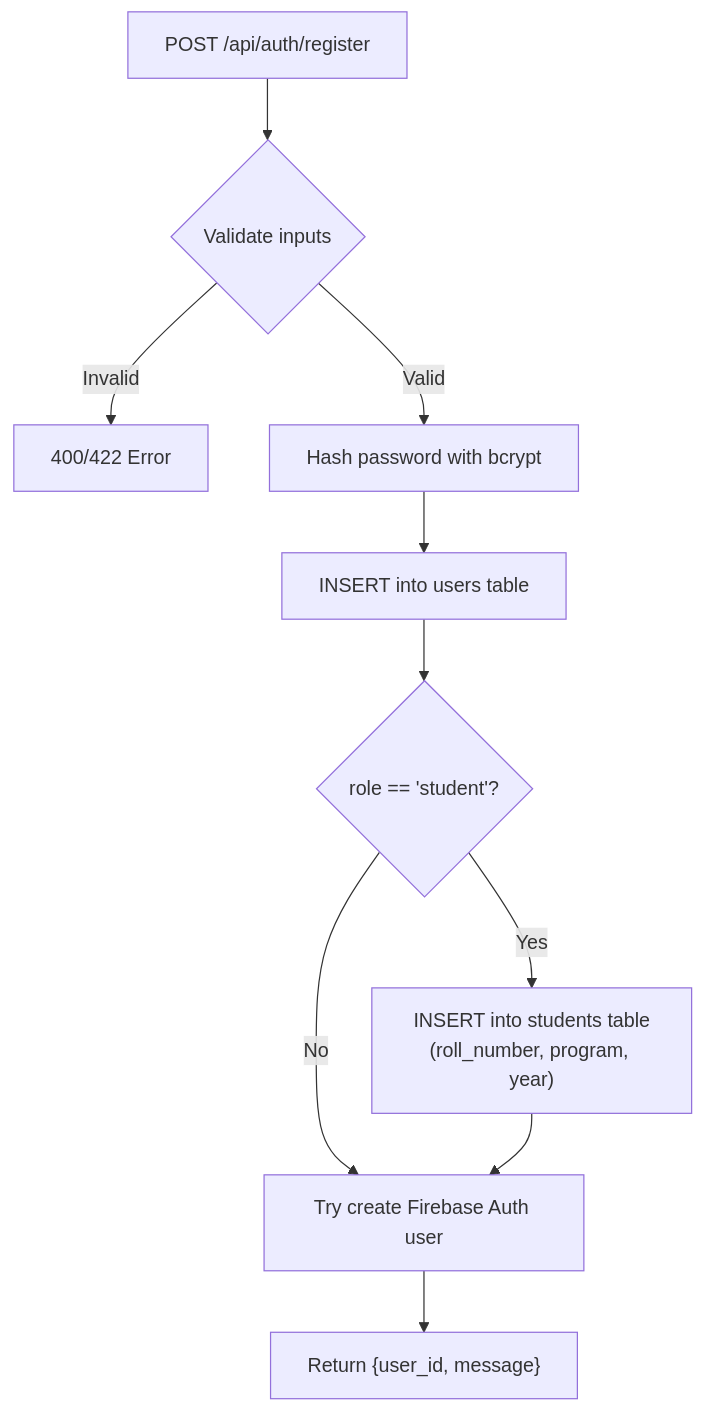
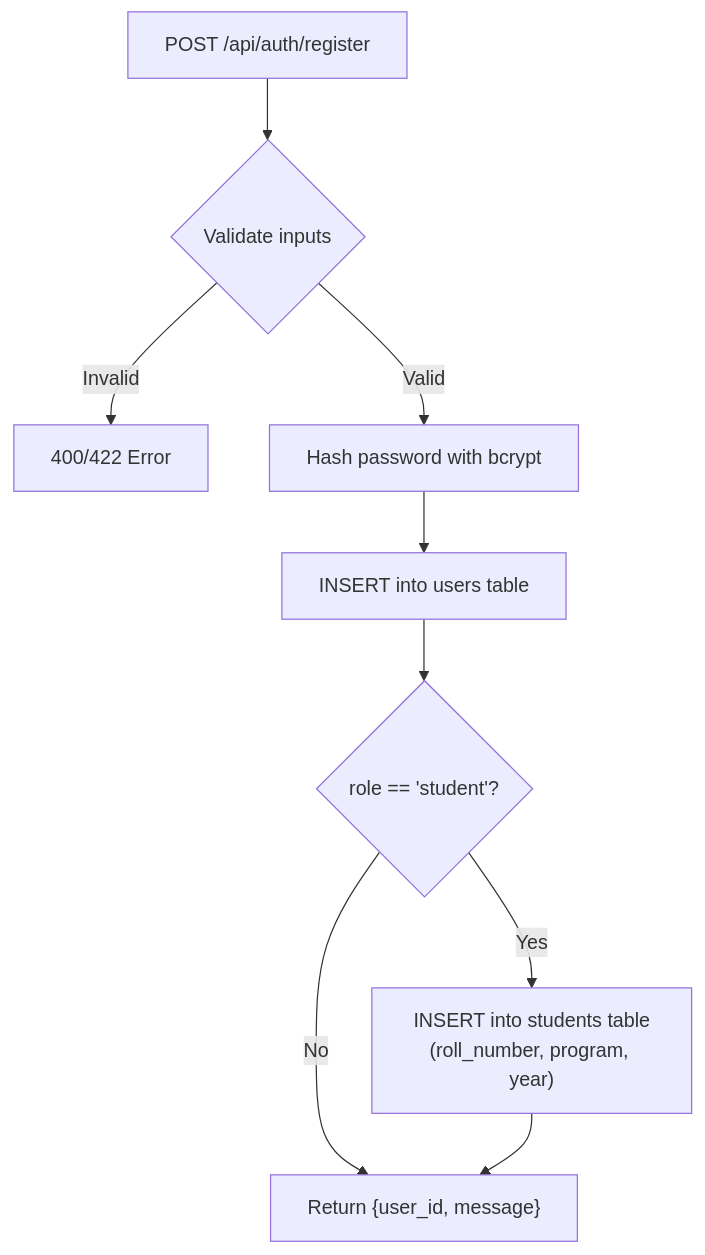
Before and after one commit to BishalLamichhane777/Project_Capstone: the third of 11 diagrams in Backend Sajak/backend/backend/PROJECT_FLOW.md, drawn with Mermaid. The commit also changed other lines of this file and 31 other files, not shown here.

````diff
--- a/Backend Sajak/backend/backend/PROJECT_FLOW.md
+++ b/Backend Sajak/backend/backend/PROJECT_FLOW.md
@@ -235,12 +229,11 @@
 ```mermaid
 flowchart TD
     R["POST /api/auth/register"] --> V{Validate inputs}
     V -->|Invalid| E1["400/422 Error"]
     V -->|Valid| H["Hash password with bcrypt"]
     H --> U["INSERT into users table"]
     U --> C{role == 'student'?}
     C -->|Yes| S["INSERT into students table\n(roll_number, program, year)"]
-    C -->|No| F["Try create Firebase Auth user"]
-    S --> F
-    F --> D["Return {user_id, message}"]
+    C -->|No| D["Return {user_id, message}"]
+    S --> D
 ```
````
